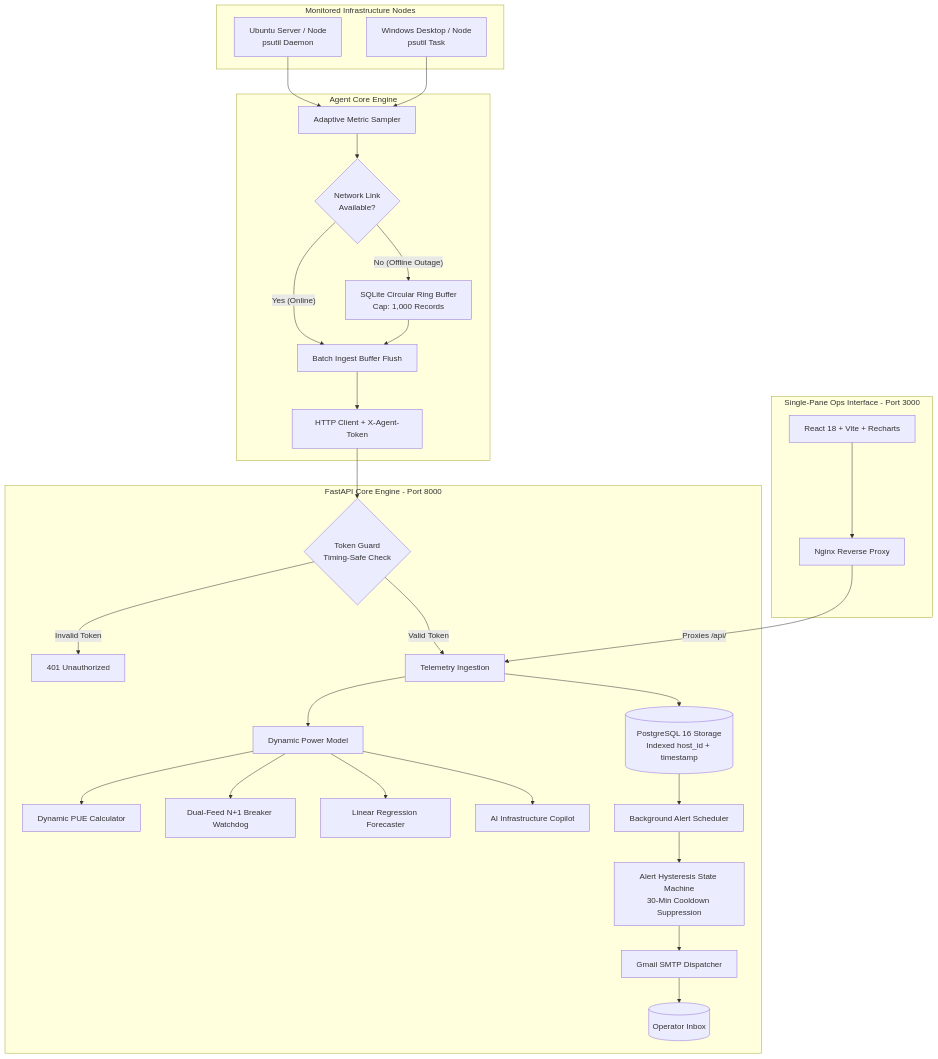
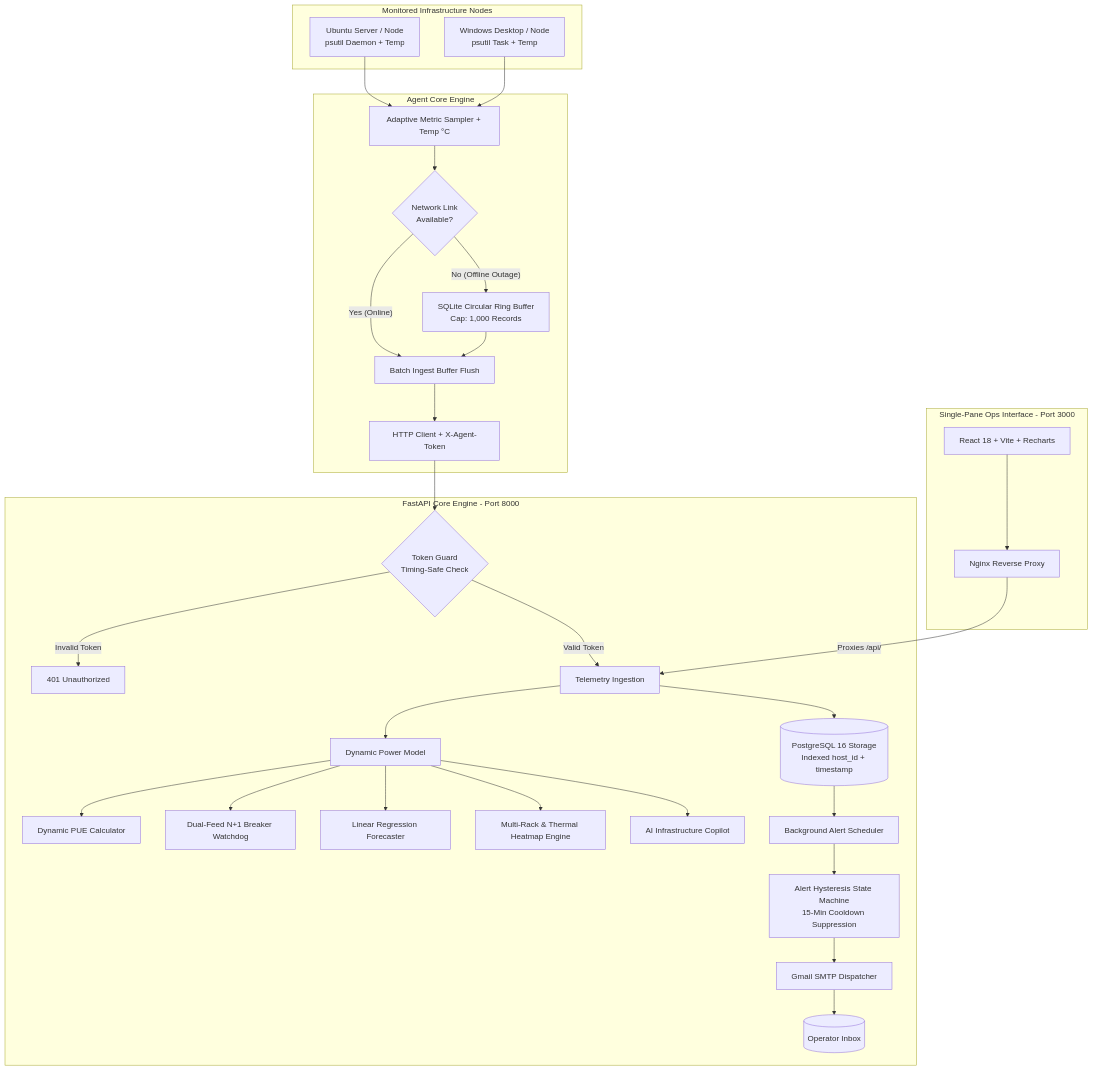
One commit to Disorn1998/infrapulse changed the diagram in docs/USER_MANUAL_EN.md. Above: the diagram before and after it, drawn with Mermaid. The commit also changed other lines of this file and 2 other files, not shown here.

````diff
--- a/docs/USER_MANUAL_EN.md
+++ b/docs/USER_MANUAL_EN.md
@@ -28,40 +26,41 @@
 ```mermaid
 flowchart TD
     subgraph Monitored_Nodes [Monitored Infrastructure Nodes]
-        U[Ubuntu Server / Node<br/>psutil Daemon]
-        W[Windows Desktop / Node<br/>psutil Task]
+        U[Ubuntu Server / Node<br/>psutil Daemon + Temp]
+        W[Windows Desktop / Node<br/>psutil Task + Temp]
     end
 
     subgraph Client_Agent_Layer [Agent Core Engine]
-        U --> SAMP[Adaptive Metric Sampler]
+        U --> SAMP[Adaptive Metric Sampler + Temp °C]
         W --> SAMP
         SAMP --> NET_CHECK{Network Link<br/>Available?}
         NET_CHECK -- No (Offline Outage) --> BUF[SQLite Circular Ring Buffer<br/>Cap: 1,000 Records]
         NET_CHECK -- Yes (Online) --> FLUSH[Batch Ingest Buffer Flush]
         FLUSH --> HTTP_TX[HTTP Client + X-Agent-Token]
         BUF --> FLUSH
     end
 
     subgraph Backend_Gateway [FastAPI Core Engine - Port 8000]
         HTTP_TX --> AUTH{Token Guard<br/>Timing-Safe Check}
         AUTH -- Invalid Token --> REJ[401 Unauthorized]
         AUTH -- Valid Token --> INGEST[Telemetry Ingestion]
         INGEST --> DB[(PostgreSQL 16 Storage<br/>Indexed host_id + timestamp)]
         
         INGEST --> PWR_ENG[Dynamic Power Model]
         PWR_ENG --> PUE_ENG[Dynamic PUE Calculator]
         PWR_ENG --> RED_ENG[Dual-Feed N+1 Breaker Watchdog]
         PWR_ENG --> CAP_ENG[Linear Regression Forecaster]
+        PWR_ENG --> RACK_ENG[Multi-Rack & Thermal Heatmap Engine]
         PWR_ENG --> AI_ENG[AI Infrastructure Copilot]
         
         DB --> SCHED[Background Alert Scheduler]
-        SCHED --> ALERT_FSM[Alert Hysteresis State Machine<br/>30-Min Cooldown Suppression]
+        SCHED --> ALERT_FSM[Alert Hysteresis State Machine<br/>15-Min Cooldown Suppression]
         ALERT_FSM --> SMTP[Gmail SMTP Dispatcher]
         SMTP --> MAIL[(Operator Inbox)]
     end
 
     subgraph Web_Dashboard [Single-Pane Ops Interface - Port 3000]
         NGINX[Nginx Reverse Proxy] -->|Proxies /api/| INGEST
         SPA[React 18 + Vite + Recharts] --> NGINX
     end
 ```
````
